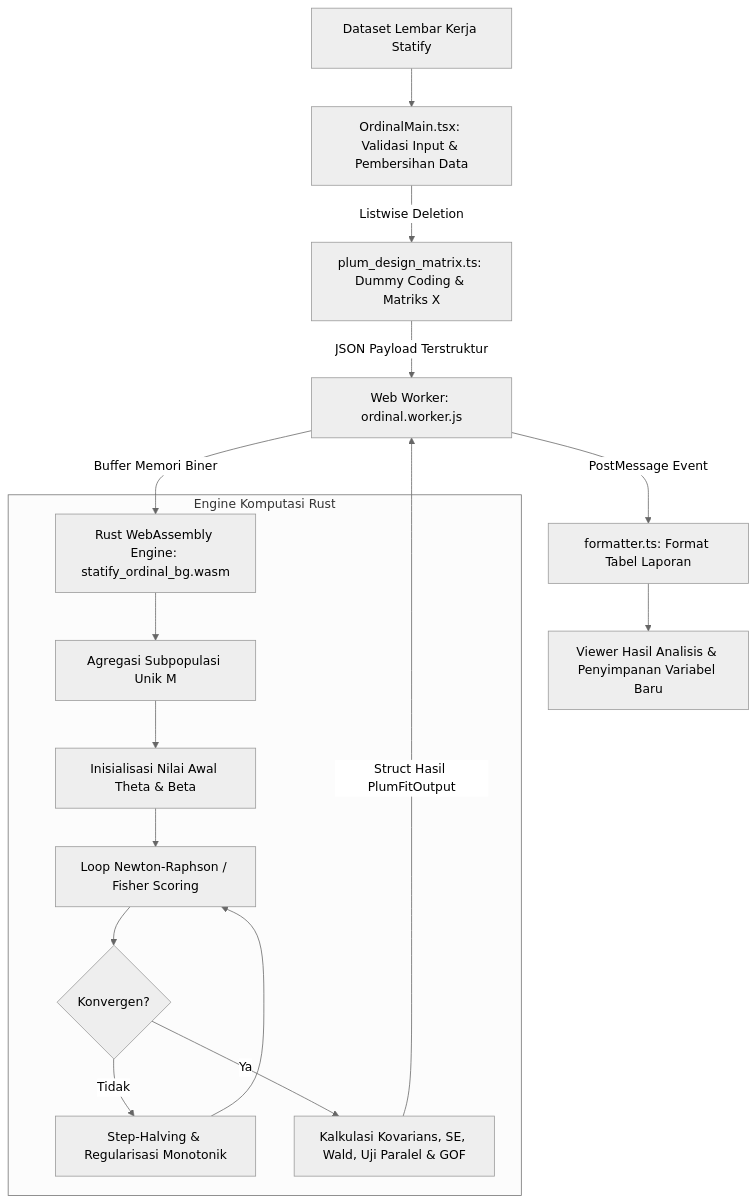
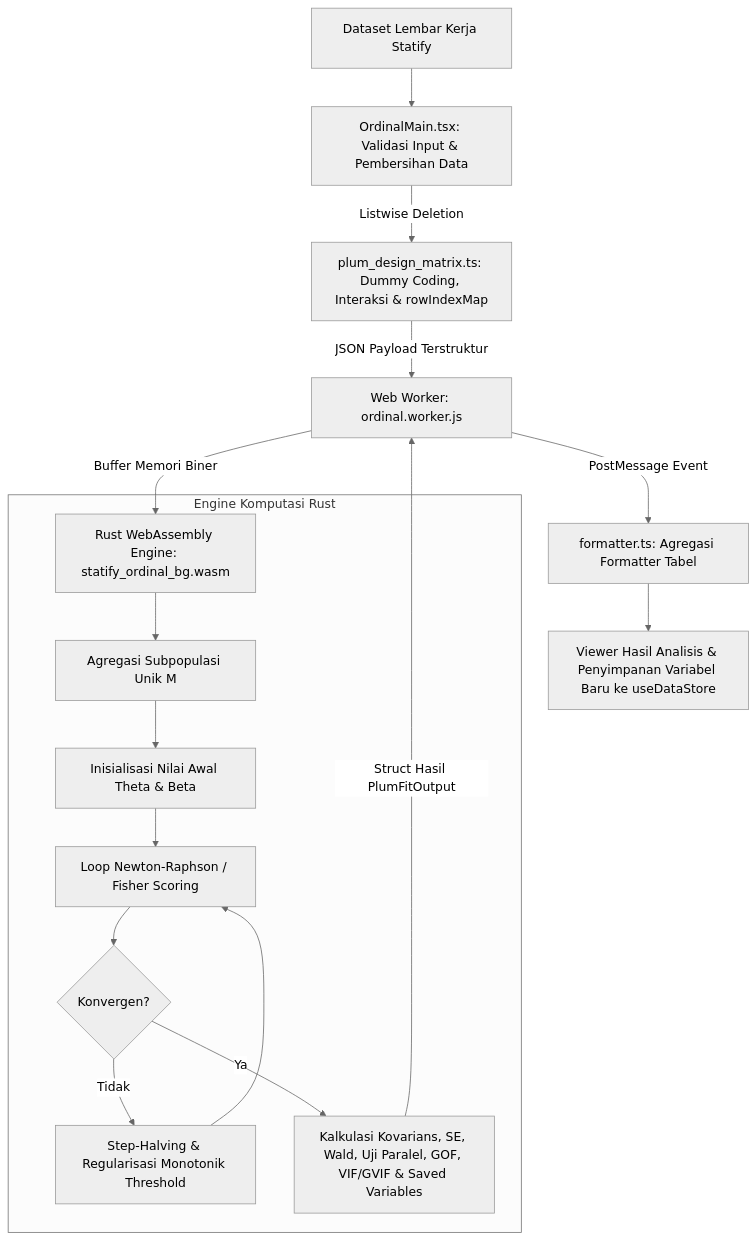
Before and after one commit to danielpasongli/statify64: the diagram in frontend/components/Modals/Analyze/Regression/Ordinal/Regresi_Ordinal_Statify.md, drawn with Mermaid (neutral theme). The commit also changed other lines of this file and 1 other file, not shown here.

Commit message:
nambahin error tipe data variabel

````diff
--- a/frontend/components/Modals/Analyze/Regression/Ordinal/Regresi_Ordinal_Statify.md
+++ b/frontend/components/Modals/Analyze/Regression/Ordinal/Regresi_Ordinal_Statify.md
@@ -106,21 +117,21 @@
 ```mermaid
 flowchart TD
     A[Dataset Lembar Kerja Statify] --> B[OrdinalMain.tsx: Validasi Input & Pembersihan Data]
-    B -->|Listwise Deletion| C[plum_design_matrix.ts: Dummy Coding & Matriks X]
+    B -->|Listwise Deletion| C[plum_design_matrix.ts: Dummy Coding, Interaksi & rowIndexMap]
     C -->|JSON Payload Terstruktur| D[Web Worker: ordinal.worker.js]
     D -->|Buffer Memori Biner| E[Rust WebAssembly Engine: statify_ordinal_bg.wasm]
     
     subgraph Engine Komputasi Rust
         E --> F[Agregasi Subpopulasi Unik M]
         F --> G[Inisialisasi Nilai Awal Theta & Beta]
         G --> H[Loop Newton-Raphson / Fisher Scoring]
         H --> I{Konvergen?}
-        I -- Tidak --> J[Step-Halving & Regularisasi Monotonik]
+        I -- Tidak --> J[Step-Halving & Regularisasi Monotonik Threshold]
         J --> H
-        I -- Ya --> K[Kalkulasi Kovarians, SE, Wald, Uji Paralel & GOF]
+        I -- Ya --> K[Kalkulasi Kovarians, SE, Wald, Uji Paralel, GOF, VIF/GVIF & Saved Variables]
     end
     
     K -->|Struct Hasil PlumFitOutput| D
-    D -->|PostMessage Event| L[formatter.ts: Format Tabel Laporan]
-    L --> M[Viewer Hasil Analisis & Penyimpanan Variabel Baru]
+    D -->|PostMessage Event| L[formatter.ts: Agregasi Formatter Tabel]
+    L --> M[Viewer Hasil Analisis & Penyimpanan Variabel Baru ke useDataStore]
 ```
````
